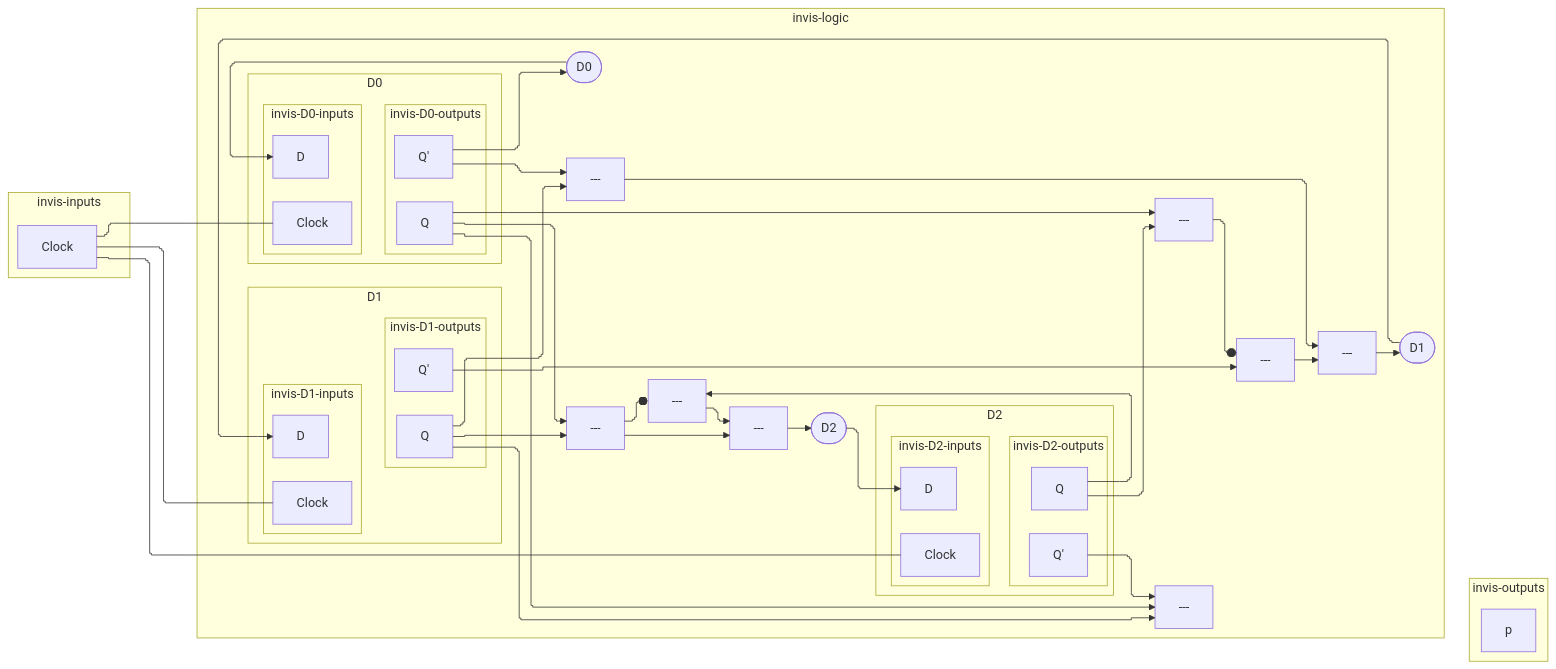
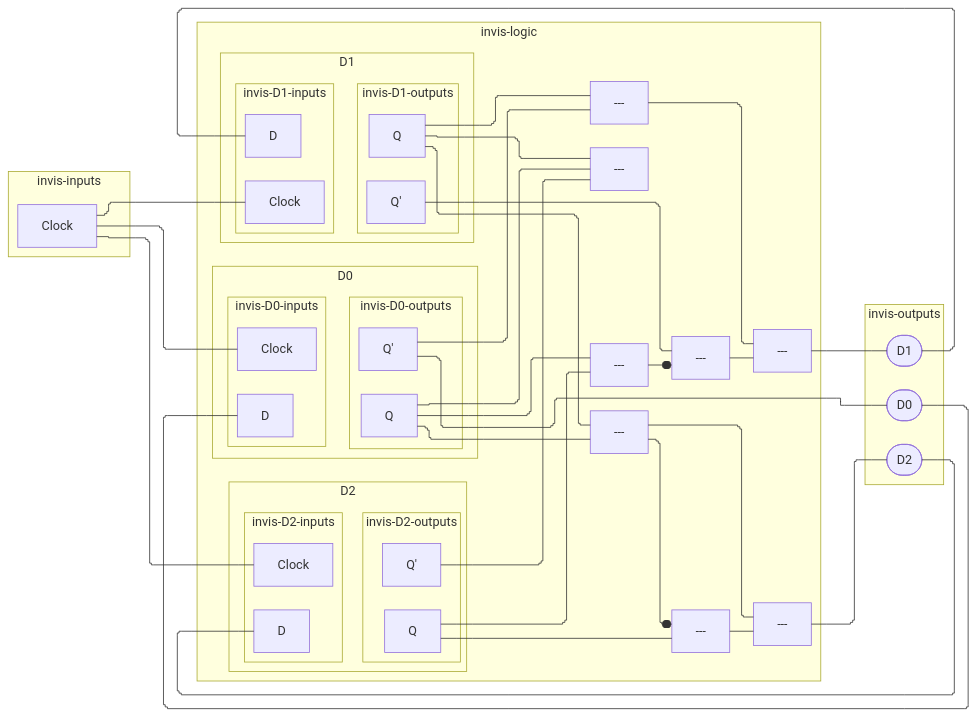
The fifth of 5 diagrams in CSDS 281 - Logic Design/HW/8/Tables.md (tnichols217/notes), drawn with Mermaid before and after one commit.

Commit message:
vault backup: 2024-04-05 00:16:51

````diff
--- a/CSDS 281 - Logic Design/HW/8/Tables.md
+++ b/CSDS 281 - Logic Design/HW/8/Tables.md
@@ -180,65 +180,67 @@
 ```mermaid
 %%{ init: { 'flowchart': { 'curve': 'stepBefore', "defaultRenderer": "elk" } } }%%
 flowchart LR
 subgraph invis-inputs
 	Clock
 end
 subgraph invis-logic
 	subgraph D0
 		subgraph invis-D0-inputs
 			D0i[D]
 			D0c[Clock]
 		end
 		Clock --- D0c
 		subgraph invis-D0-outputs
 			Q0[Q]
 			Q0P[Q']
 		end
 		invis-D0-inputs ~~~ invis-D0-outputs
 	end
 	subgraph D1
 		subgraph invis-D1-inputs
 			D1i[D]
 			D1c[Clock]
 		end
 		Clock --- D1c
 		subgraph invis-D1-outputs
 			Q1[Q]
 			Q1P[Q']
 		end
 		invis-D1-inputs ~~~ invis-D1-outputs
 	end
 	subgraph D2
 		subgraph invis-D2-inputs
 			D2i[D]
 			D2c[Clock]
 		end
 		Clock --- D2c
 		subgraph invis-D2-outputs
 			Q2[Q]
 			Q2P[Q']
 		end
 		invis-D2-inputs ~~~ invis-D2-outputs
 	end
-	Q0P ---> D0ii([D0])
-	D0ii ---> D0i
-	Q2 & Q0 ---> xor1[---]
-	Q1P ---> and1[---]
+	Q2 & Q0 --- xor1[---]
+	Q1P --- and1[---]
 	xor1 ---o and1
-	Q1 & Q0P ---> and2[---]
-	and1 & and2 ---> or1[---]
-	or1 ---> D1ii([D1])
-	D1ii ---> D1i
-	Q2P & Q1 & Q0 ---> and3[---]
-	Q1 & Q0 ---> and4[---]
-	Q2 ---> and5[---]
+	Q1 & Q0P --- and2[---]
+	and1 & and2 --- or1[---]
+	Q2P & Q1 & Q0 --- and3[---]
+	Q1 & Q0 --- and4[---]
+	Q2 --- and5[---]
 	and4 ---o and5
-	and4 & and5 ---> or2[---]
-	or2 ---> D2ii([D2])
-	D2ii ---> D2i
+	and4 & and5 --- or2[---]
 end
 subgraph invis-outputs
-	p
+	D0ii
+	D1ii
+	D2ii
+	Q0P --- D0ii([D0])
+	D0ii --- D0i
+	or1 --- D1ii([D1])
+	D1ii --- D1i
+	or2 --- D2ii([D2])
+	D2ii --- D2i
 end
 invis-inputs ~~~ invis-logic ~~~ invis-outputs
 ```
````
